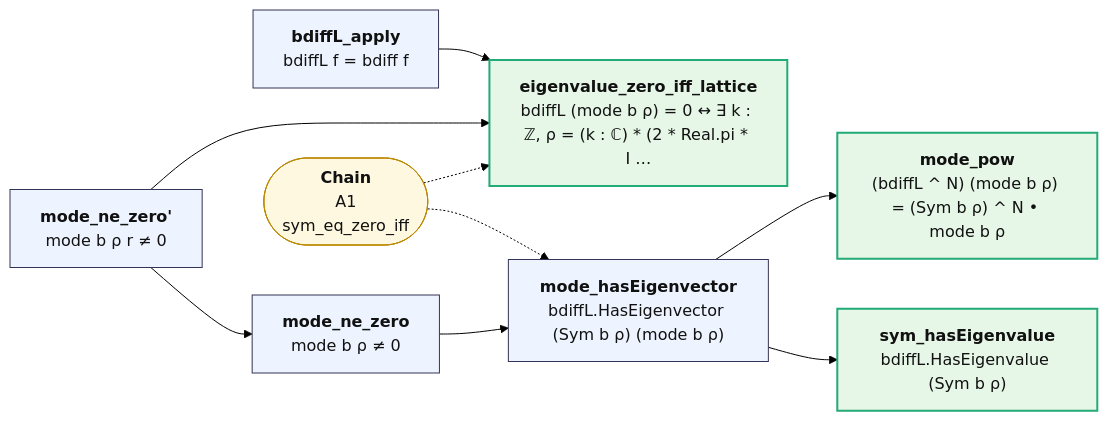
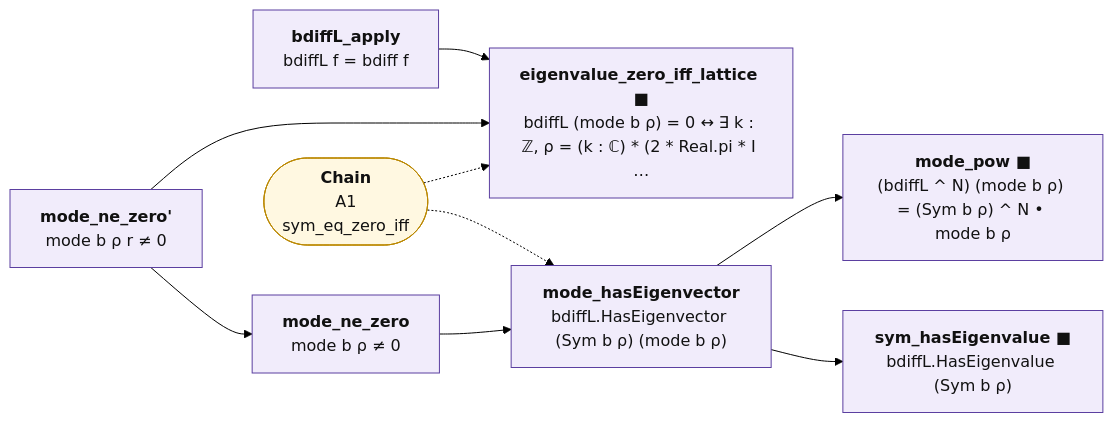
The diagram in map/lean/TransferOp.md (juliansambranojr/Primebeat_081426), drawn with Mermaid (forest theme) before and after one commit. The commit also changed other lines of this file and 398 other files, not shown here.

````diff
--- a/map/lean/TransferOp.md
+++ b/map/lean/TransferOp.md
@@ -12,24 +12,27 @@
 ```mermaid
 flowchart LR
-  n0["<b>bdiffL_apply</b><br/>bdiffL f = bdiff f"]:::thm
-  n1["<b>mode_ne_zero'</b><br/>mode b ρ r ≠ 0"]:::thm
-  n2["<b>mode_ne_zero</b><br/>mode b ρ ≠ 0"]:::thm
-  n3["<b>mode_hasEigenvector</b><br/>bdiffL.HasEigenvector (Sym b ρ) (mode b ρ)"]:::thm
-  n4["<b>sym_hasEigenvalue</b><br/>bdiffL.HasEigenvalue (Sym b ρ)"]:::end_
-  n5["<b>mode_pow</b><br/>(bdiffL ^ N) (mode b ρ) = (Sym b ρ) ^ N • mode b ρ"]:::end_
-  n6["<b>eigenvalue_zero_iff_lattice</b><br/>bdiffL (mode b ρ) = 0 ↔ ∃ k : ℤ, ρ = (k : ℂ) * (2 * Real.pi * I …"]:::end_
+  n0["<b>bdiffL_apply</b><br/>bdiffL f = bdiff f"]:::shp
+  n1["<b>mode_ne_zero'</b><br/>mode b ρ r ≠ 0"]:::shp
+  n2["<b>mode_ne_zero</b><br/>mode b ρ ≠ 0"]:::shp
+  n3["<b>mode_hasEigenvector</b><br/>bdiffL.HasEigenvector (Sym b ρ) (mode b ρ)"]:::shp
+  n4["<b>sym_hasEigenvalue ■</b><br/>bdiffL.HasEigenvalue (Sym b ρ)"]:::shp
+  n5["<b>mode_pow ■</b><br/>(bdiffL ^ N) (mode b ρ) = (Sym b ρ) ^ N • mode b ρ"]:::shp
+  n6["<b>eigenvalue_zero_iff_lattice ■</b><br/>bdiffL (mode b ρ) = 0 ↔ ∃ k : ℤ, ρ = (k : ℂ) * (2 * Real.pi * I …"]:::shp
   x0(["<b>Chain</b><br/>A1<br/>sym_eq_zero_iff"]):::ext
   n0 --> n6
   n1 --> n2
   n1 --> n6
   n2 --> n3
   n3 --> n4
   n3 --> n5
   x0 -.-> n3
   x0 -.-> n6
+  classDef cnt fill:#dff5ec,stroke:#17694a,color:#111
+  classDef shp fill:#f1ecfb,stroke:#5b3fa0,color:#111
+  classDef rh fill:#ffe5e5,stroke:#c22,color:#111,stroke-width:2px
   classDef thm fill:#eef4ff,stroke:#335,color:#111
   classDef end_ fill:#e7f7e7,stroke:#2a7,color:#111,stroke-width:2px
   classDef lone fill:#fff,stroke:#999,color:#111,stroke-dasharray:4 3
   classDef bad fill:#ffe5e5,stroke:#c22,color:#111,stroke-width:2px
   classDef ext fill:#fff8e1,stroke:#b80,color:#111
 ```
````
